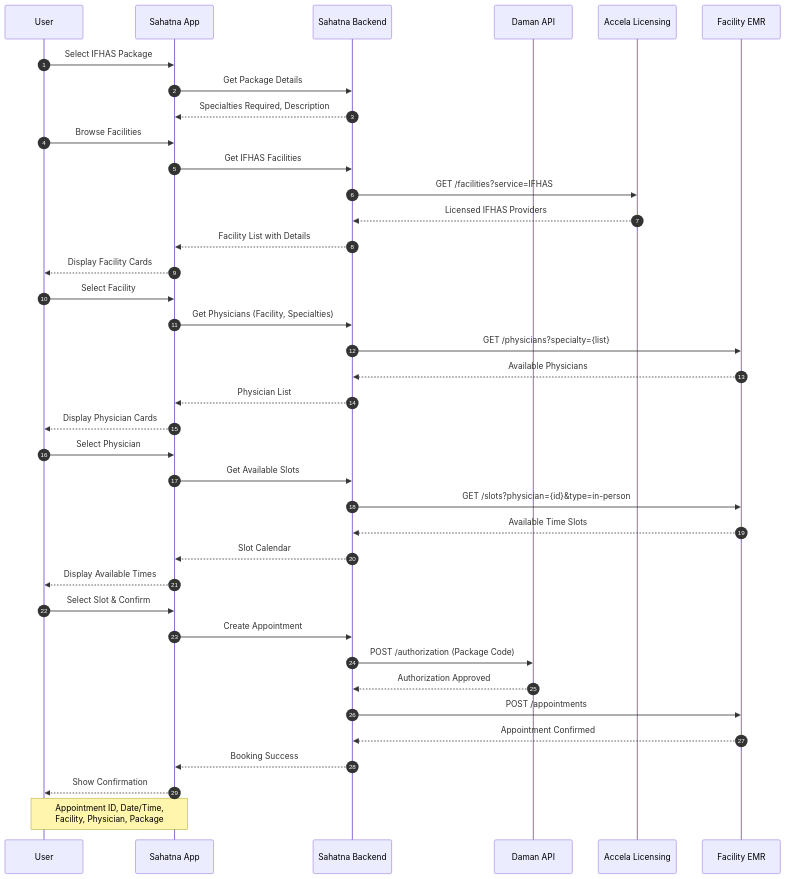
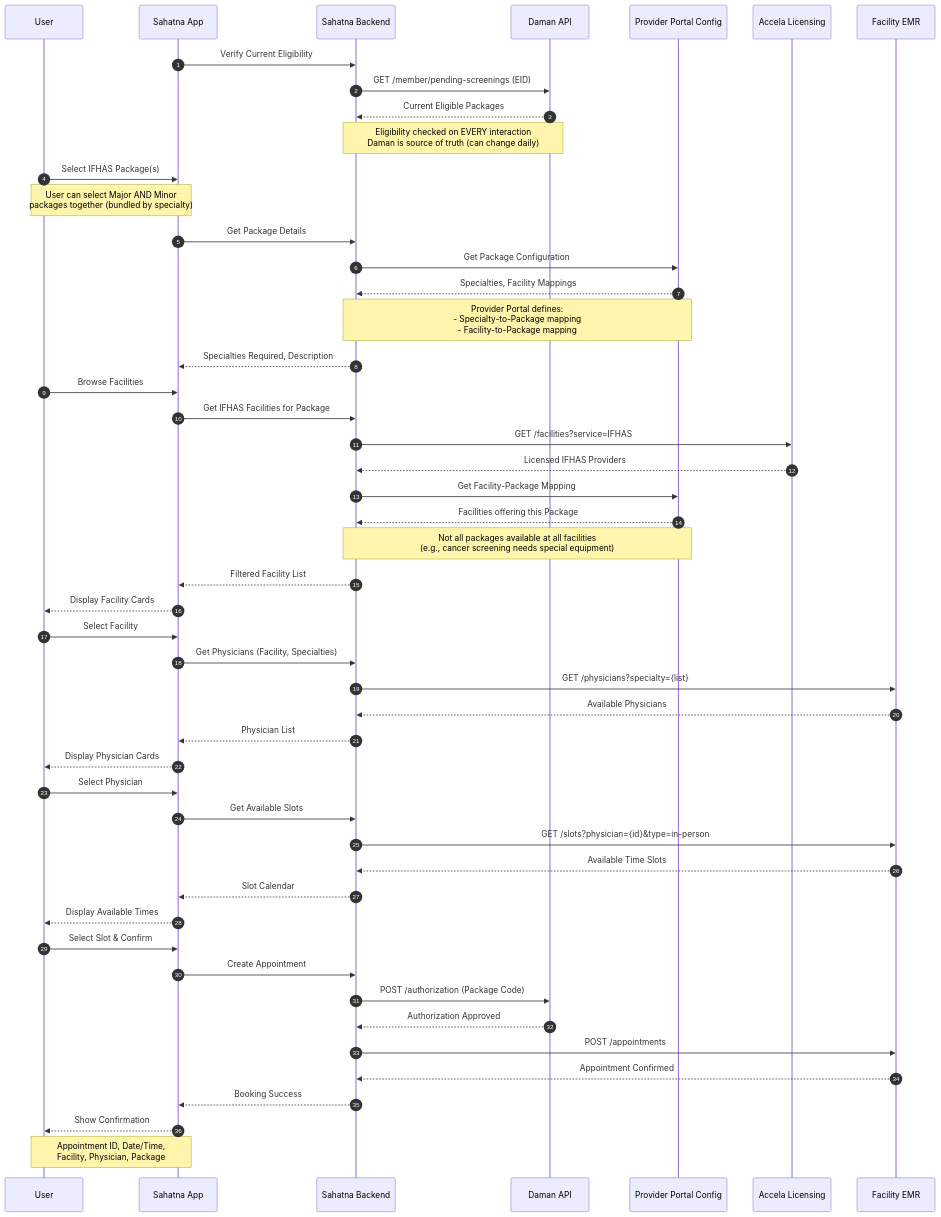
Before and after one commit to shlapolosa/local-ai-packaged: the sixth of 11 diagrams in IFHAS_Sequence_Diagrams.md, drawn with Mermaid. The commit also changed other lines of this file and 1 other file, not shown here.

````diff
--- a/IFHAS_Sequence_Diagrams.md
+++ b/IFHAS_Sequence_Diagrams.md
@@ -166,50 +210,64 @@
 ```mermaid
 sequenceDiagram
     autonumber
     participant U as User
     participant SA as Sahatna App
     participant BE as Sahatna Backend
     participant D as Daman API
+    participant PP as Provider Portal Config
     participant A as Accela Licensing
     participant E as Facility EMR
 
+    %% Step 0: Re-verify Eligibility (required every time - can change daily)
+    SA->>BE: Verify Current Eligibility
+    BE->>D: GET /member/pending-screenings (EID)
+    D-->>BE: Current Eligible Packages
+    Note over D,BE: Eligibility checked on EVERY interaction<br/>Daman is source of truth (can change daily)
+
     %% Step 1: Select Package
-    U->>SA: Select IFHAS Package
+    U->>SA: Select IFHAS Package(s)
+    Note over U,SA: User can select Major AND Minor<br/>packages together (bundled by specialty)
     SA->>BE: Get Package Details
+    BE->>PP: Get Package Configuration
+    PP-->>BE: Specialties, Facility Mappings
+    Note over PP,BE: Provider Portal defines:<br/>- Specialty-to-Package mapping<br/>- Facility-to-Package mapping
     BE-->>SA: Specialties Required, Description
 
-    %% Step 2: Get Facilities
+    %% Step 2: Get Facilities (filtered by selected package)
     U->>SA: Browse Facilities
-    SA->>BE: Get IFHAS Facilities
+    SA->>BE: Get IFHAS Facilities for Package
     BE->>A: GET /facilities?service=IFHAS
     A-->>BE: Licensed IFHAS Providers
-    BE-->>SA: Facility List with Details
+    BE->>PP: Get Facility-Package Mapping
+    PP-->>BE: Facilities offering this Package
+    Note over BE,PP: Not all packages available at all facilities<br/>(e.g., cancer screening needs special equipment)
+    BE-->>SA: Filtered Facility List
     SA-->>U: Display Facility Cards
 
     %% Step 3: Select Facility & Physician
     U->>SA: Select Facility
     SA->>BE: Get Physicians (Facility, Specialties)
     BE->>E: GET /physicians?specialty={list}
     E-->>BE: Available Physicians
     BE-->>SA: Physician List
     SA-->>U: Display Physician Cards
 
     %% Step 4: Get Slots
     U->>SA: Select Physician
     SA->>BE: Get Available Slots
     BE->>E: GET /slots?physician={id}&type=in-person
     E-->>BE: Available Time Slots
     BE-->>SA: Slot Calendar
     SA-->>U: Display Available Times
 
     %% Step 5: Confirm Booking
     U->>SA: Select Slot & Confirm
     SA->>BE: Create Appointment
     BE->>D: POST /authorization (Package Code)
     D-->>BE: Authorization Approved
     BE->>E: POST /appointments
     E-->>BE: Appointment Confirmed
     BE-->>SA: Booking Success
     SA-->>U: Show Confirmation
     Note over U,SA: Appointment ID, Date/Time,<br/>Facility, Physician, Package
 ```
````
